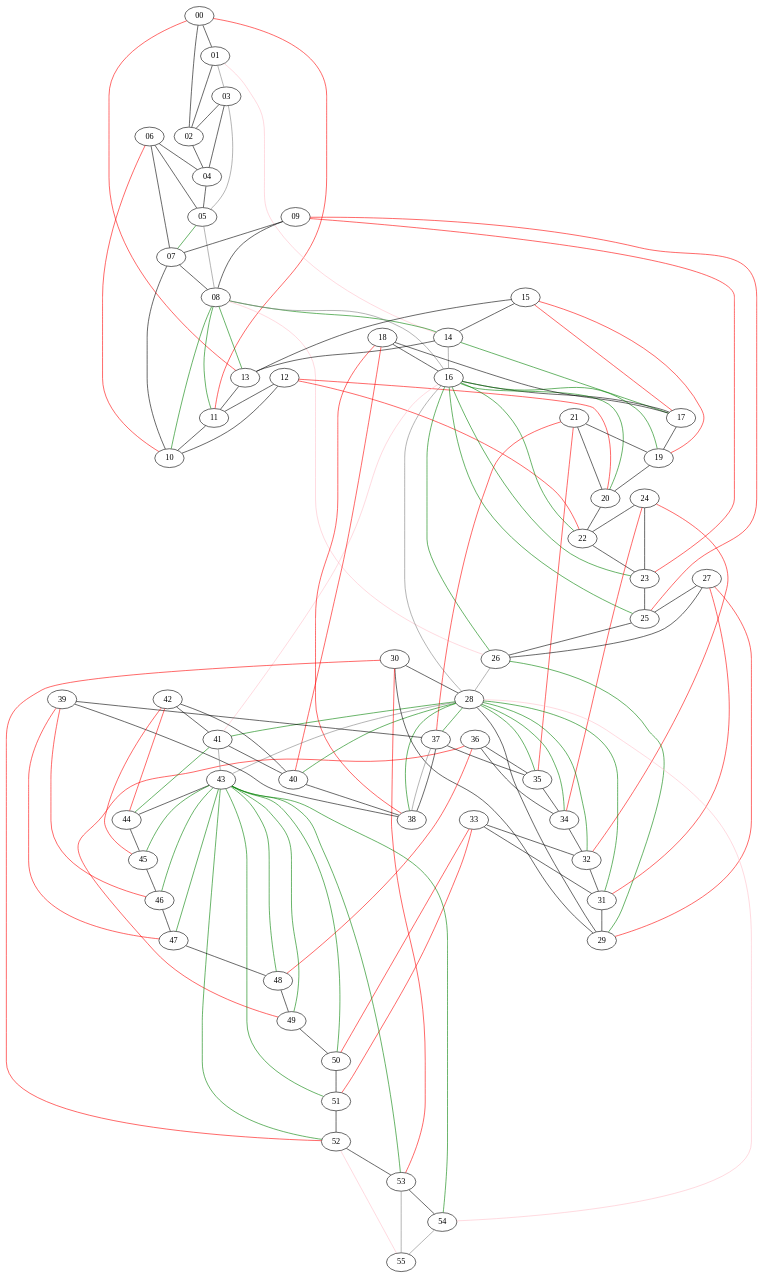
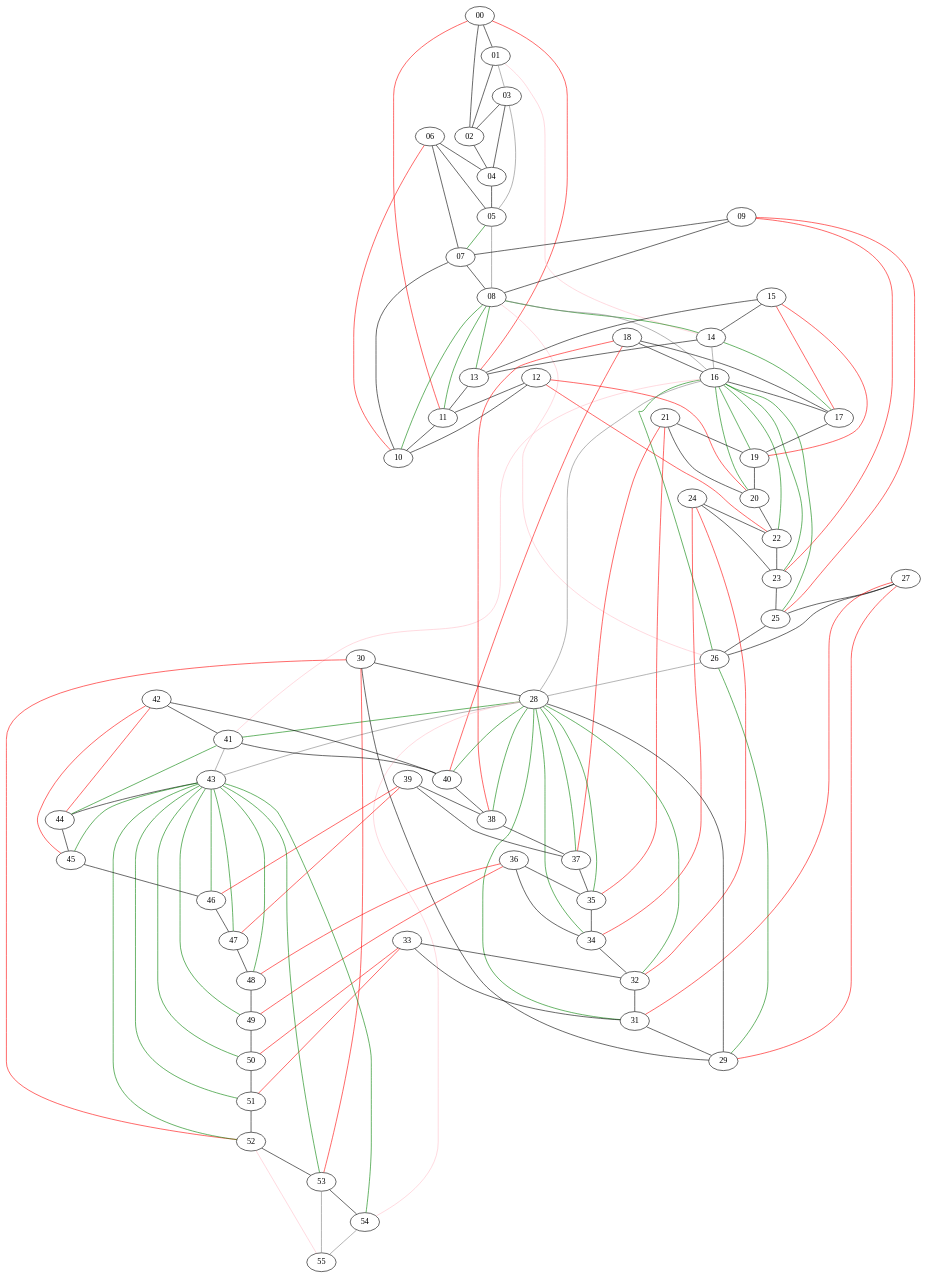
Before and after one commit to kenkangxgwe/dr-plan-solver-mirror: the diagram in examples/Hexagonal-Lattice/hexlattice.uniform-32.dot, drawn with Graphviz. The commit also changed 4 other files, not shown here.

```diff
--- a/examples/Hexagonal-Lattice/hexlattice.uniform-32.dot
+++ b/examples/Hexagonal-Lattice/hexlattice.uniform-32.dot
@@ -127,13 +127,15 @@
   01--03 [color="gray", penwidth=1];
   03--05 [color="gray", penwidth=1];
   05--08 [color="gray", penwidth=1];
+  08--16 [color="gray", penwidth=1];
   14--16 [color="gray", penwidth=1];
+  16--28 [color="gray", penwidth=1];
   26--28 [color="gray", penwidth=1];
-  08--16 [color="gray", penwidth=1];
-  16--28 [color="gray", penwidth=1];
   28--43 [color="gray", penwidth=1];
+  41--43 [color="gray", penwidth=1];
   53--55 [color="gray", penwidth=1];
   54--55 [color="gray", penwidth=1];
+
 
   // cayley parameters
   05--07 [color="green", penwidth=1];
@@ -168,10 +170,6 @@
   43--52 [color="green", penwidth=1];
   43--53 [color="green", penwidth=1];
   43--54 [color="green", penwidth=1];
-
-  // dummy boundary edges
-  37--38 [color="gray", penwidth=1];
-  41--43 [color="gray", penwidth=1];
 
   // dropped edges
   00--11 [color="red", penwidth=1];
```
